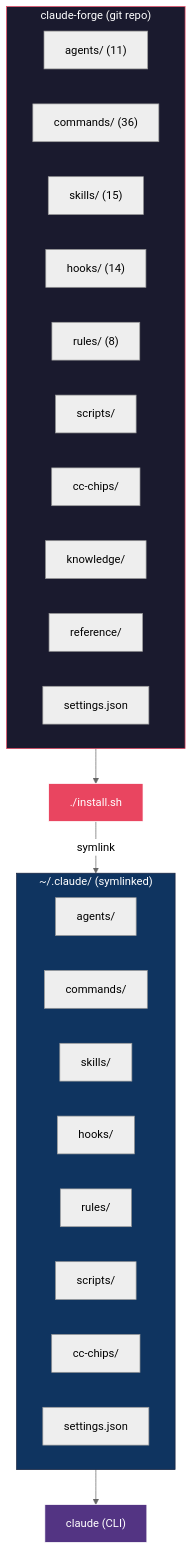
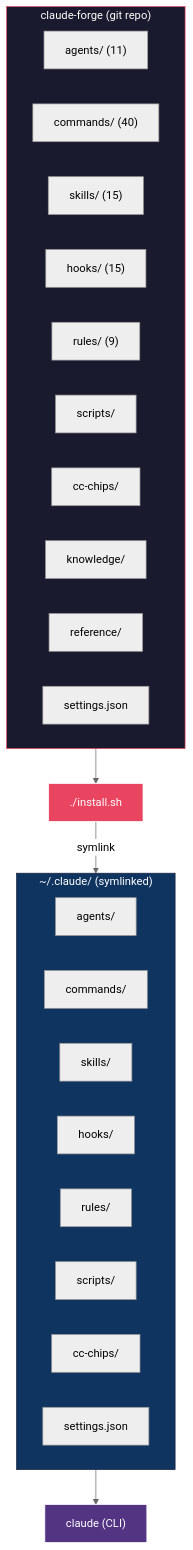
One commit to withwooyong/claude-forge changed the second of 2 diagrams in README.md. Above: the diagram before and after it, drawn with Mermaid (neutral theme). The commit also changed other lines of this file and 17 other files, not shown here.

````diff
--- a/README.md
+++ b/README.md
@@ -265,39 +273,39 @@
 ```mermaid
 graph TB
     subgraph REPO["claude-forge (git repo)"]
         A["agents/ (11)"]
-        C["commands/ (36)"]
+        C["commands/ (40)"]
         S["skills/ (15)"]
-        H["hooks/ (14)"]
-        R["rules/ (8)"]
+        H["hooks/ (15)"]
+        R["rules/ (9)"]
         SC["scripts/"]
         CC["cc-chips/"]
         K["knowledge/"]
         REF["reference/"]
         SET["settings.json"]
     end
 
     INSTALL["./install.sh"]
     REPO --> INSTALL
 
     subgraph HOME["~/.claude/ (symlinked)"]
         HA["agents/"]
         HC["commands/"]
         HS["skills/"]
         HH["hooks/"]
         HR["rules/"]
         HSC["scripts/"]
         HCC["cc-chips/"]
         HSET["settings.json"]
     end
 
     INSTALL -->|symlink| HOME
 
     CLAUDE["claude (CLI)"]
     HOME --> CLAUDE
 
     style REPO fill:#1a1a2e,stroke:#e94560,color:#fff
     style HOME fill:#0f3460,stroke:#16213e,color:#fff
     style INSTALL fill:#e94560,stroke:#fff,color:#fff
     style CLAUDE fill:#533483,stroke:#fff,color:#fff
 ```
````
